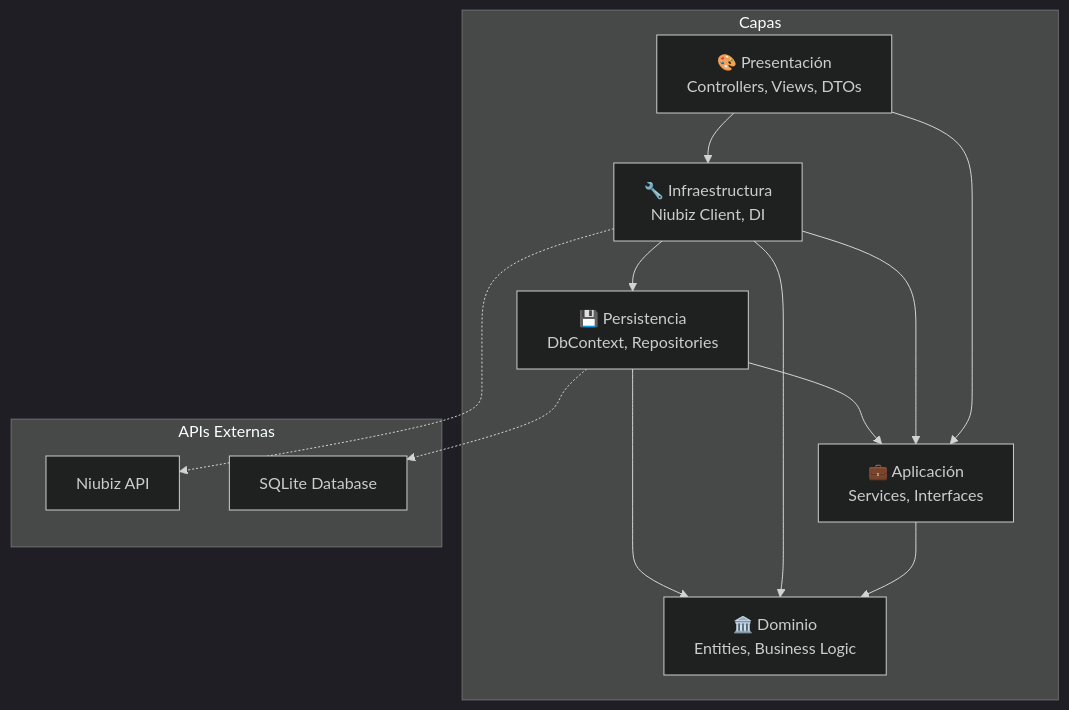
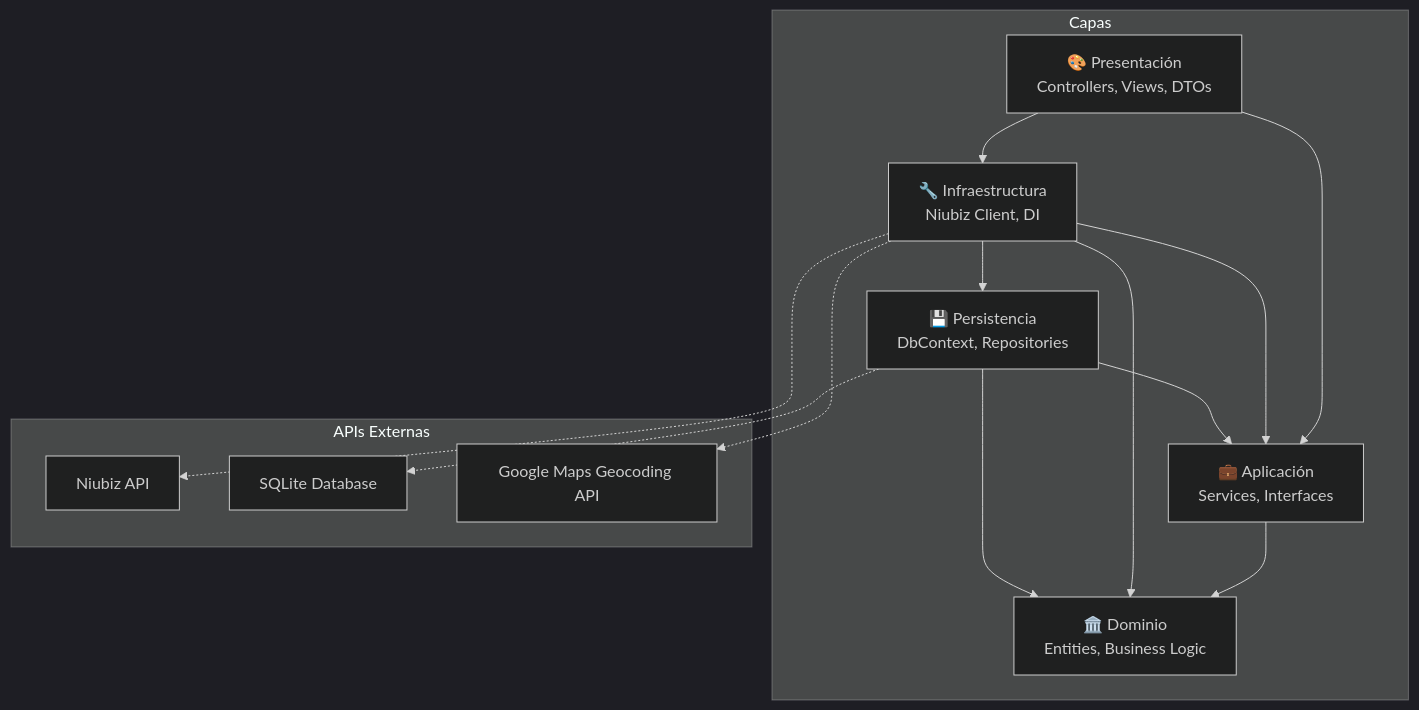
The first of 2 diagrams in README.md (eincioch/IntegracionNiubizDemo), drawn with Mermaid (dark theme) before and after one commit. The commit also changed other lines of this file, not shown here.

First line of the commit message:
Checkout con dirección, antifraude y reverse geocoding

````diff
--- a/README.md
+++ b/README.md
@@ -112,30 +121,32 @@
 ```mermaid
 graph TD
     A[IntegracionNiubizDemo.Web] --> B[IntegracionNiubizDemo.Application]
     A --> C[IntegracionNiubizDemo.Infrastructure]
     
     B --> D[IntegracionNiubizDemo.Domain]
     
     C --> E[IntegracionNiubizDemo.Persistence]
     C --> B
     C --> D
     
     E --> D
     E --> B
 
     subgraph "Capas"
         A["🎨 Presentación<br/>Controllers, Views, DTOs"]
         B["💼 Aplicación<br/>Services, Interfaces"]
         C["🔧 Infraestructura<br/>Niubiz Client, DI"]
         E["💾 Persistencia<br/>DbContext, Repositories"]
         D["🏛️ Dominio<br/>Entities, Business Logic"]
     end
 
     subgraph "APIs Externas"
         F[Niubiz API]
         G[SQLite Database]
+        H[Google Maps Geocoding API]
     end
 
     C -.-> F
+    C -.-> H
     E -.-> G
 ```
````
